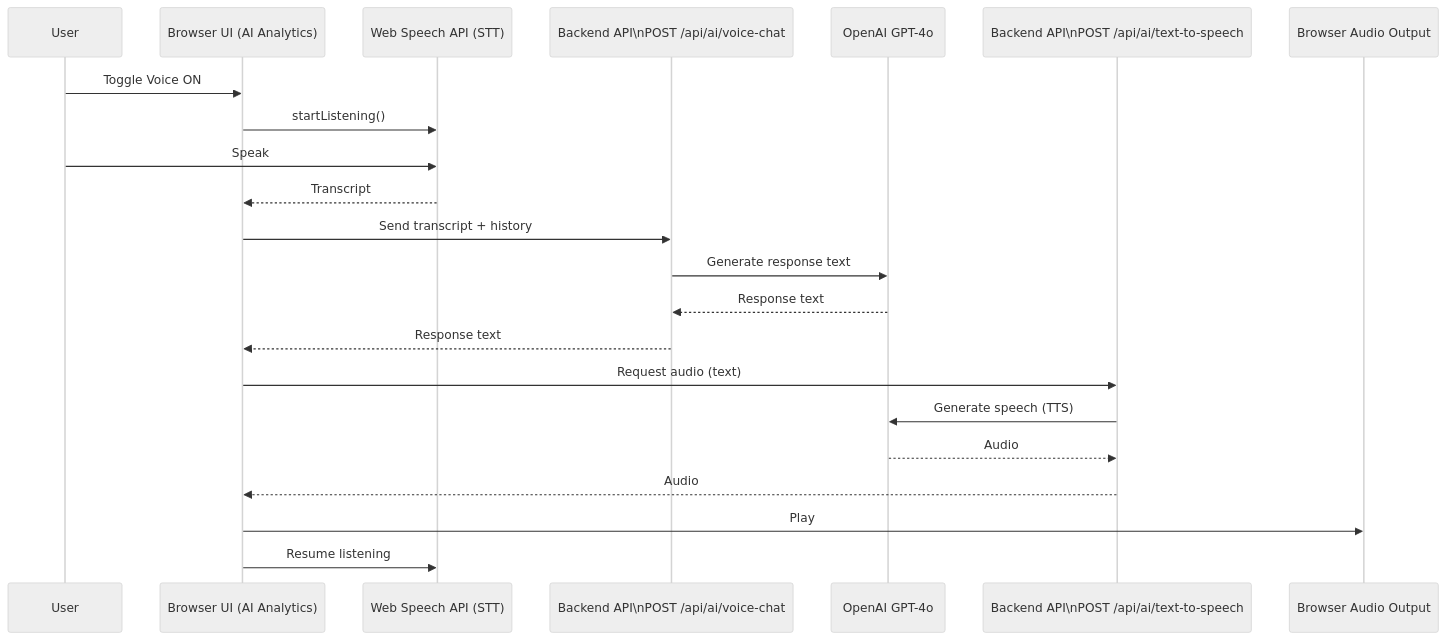
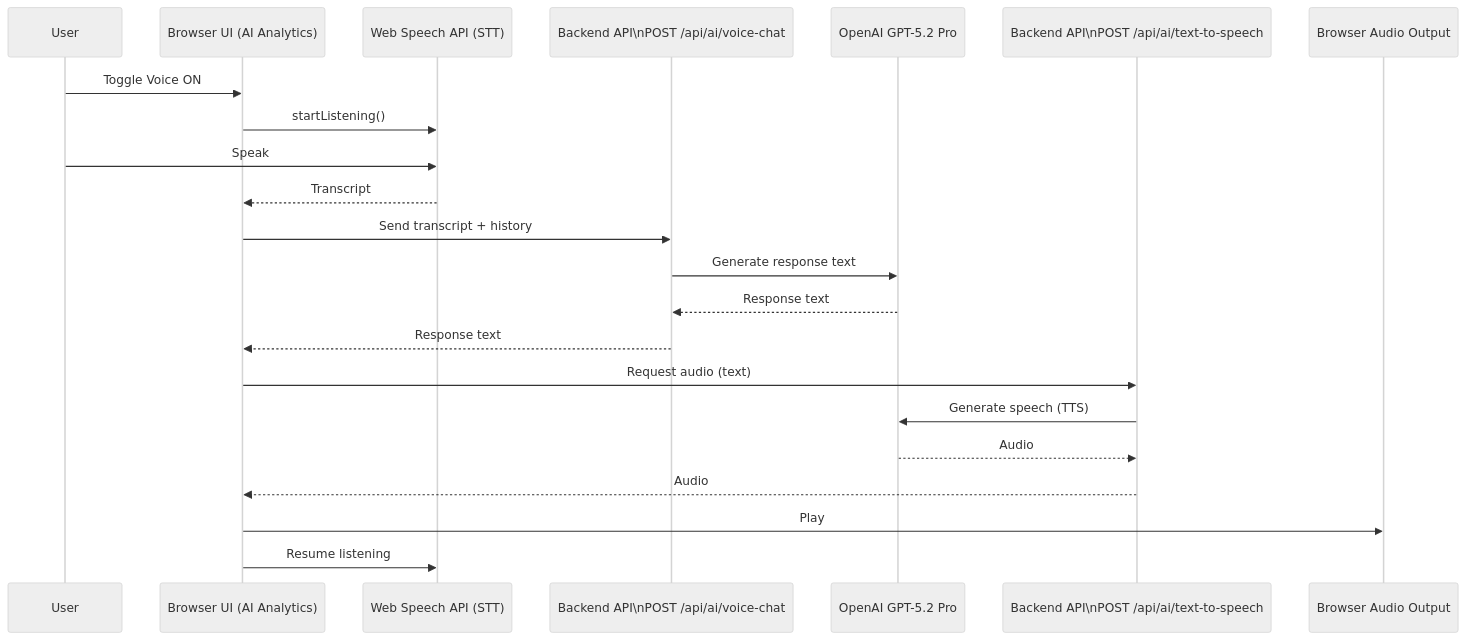
One commit to IanNoble-Visium/-T-MOBILE changed the diagram in docs/guides/features/voice/VOICE_CONVERSATION_GUIDE.md. Above: the diagram before and after it, drawn with Mermaid (neutral theme). The commit also changed other lines of this file and 18 other files, not shown here.

First line of the commit message:
feat: Update AI models to GPT-5.2 Pro and Gemini 3 Pro across various components

````diff
--- a/docs/guides/features/voice/VOICE_CONVERSATION_GUIDE.md
+++ b/docs/guides/features/voice/VOICE_CONVERSATION_GUIDE.md
@@ -9,25 +9,25 @@
 ```mermaid
 sequenceDiagram
   participant U as User
   participant UI as Browser UI (AI Analytics)
   participant STT as Web Speech API (STT)
   participant VC as Backend API\nPOST /api/ai/voice-chat
-  participant LLM as OpenAI GPT-4o
+  participant LLM as OpenAI GPT-5.2 Pro
   participant TTS as Backend API\nPOST /api/ai/text-to-speech
   participant Audio as Browser Audio Output
 
   U->>UI: Toggle Voice ON
   UI->>STT: startListening()
   U->>STT: Speak
   STT-->>UI: Transcript
   UI->>VC: Send transcript + history
   VC->>LLM: Generate response text
   LLM-->>VC: Response text
   VC-->>UI: Response text
   UI->>TTS: Request audio (text)
   TTS->>LLM: Generate speech (TTS)
   LLM-->>TTS: Audio
   TTS-->>UI: Audio
   UI->>Audio: Play
   UI->>STT: Resume listening
 ```
````
